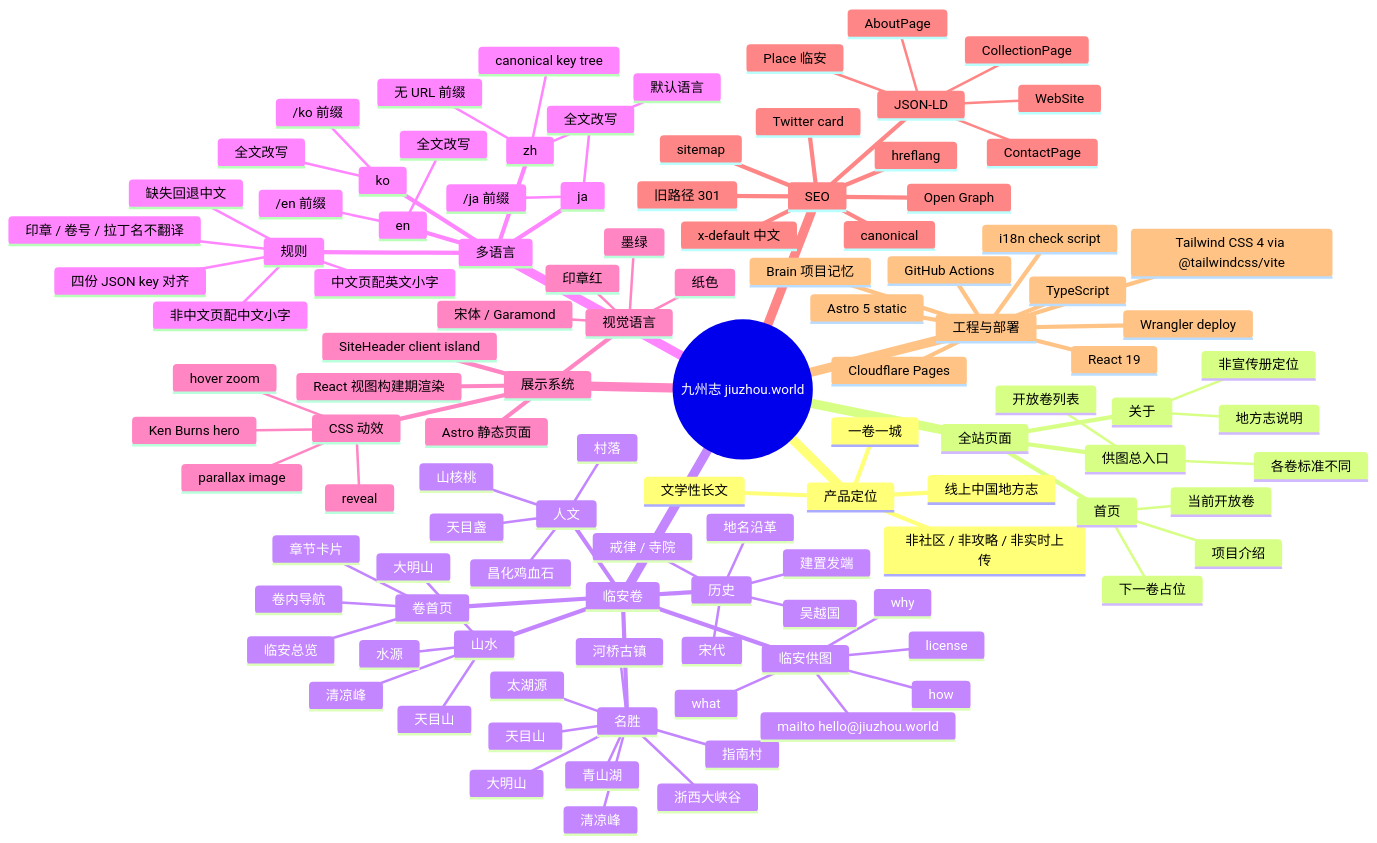
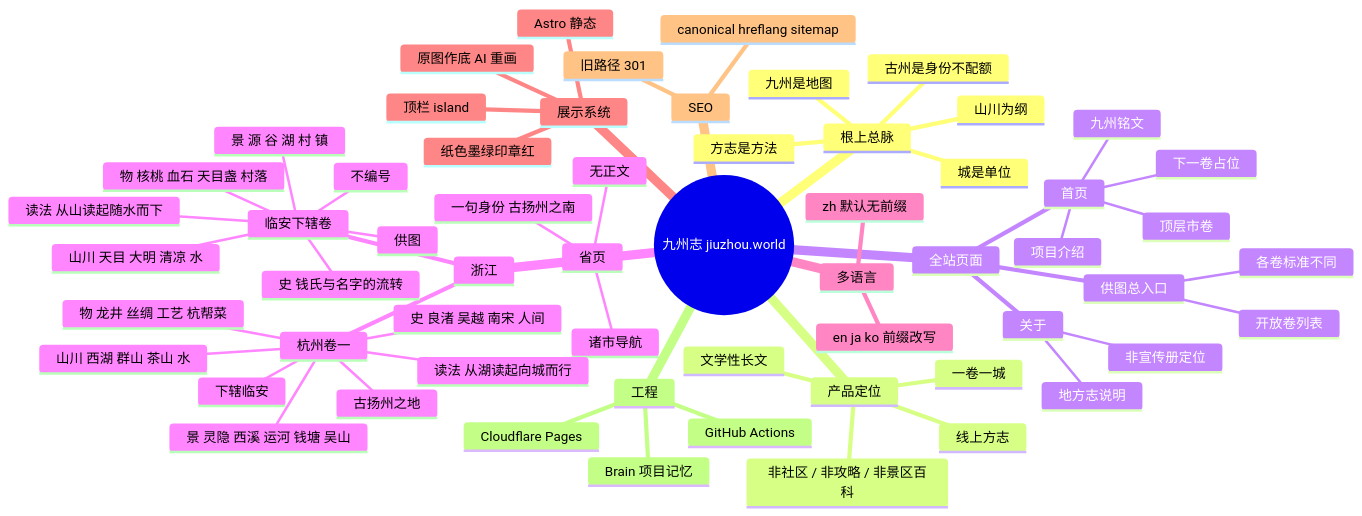
Before and after one commit to robinv8/jiuzhou-world: the diagram in brain/mindmap.md, drawn with Mermaid. The commit also changed other lines of this file and 188 other files, not shown here.

````diff
--- a/brain/mindmap.md
+++ b/brain/mindmap.md
@@ -10,15 +10,22 @@
 ```mermaid
 mindmap
   root((九州志 jiuzhou.world))
+    根上总脉
+      山川为纲
+      九州是地图
+      方志是方法
+      城是单位
+      古州是身份不配额
     产品定位
       一卷一城
-      线上中国地方志
+      线上方志
       文学性长文
-      非社区 / 非攻略 / 非实时上传
+      非社区 / 非攻略 / 非景区百科
     全站页面
       首页
+        九州铭文
         项目介绍
-        当前开放卷
+        顶层市卷
         下一卷占位
       关于
         地方志说明
@@ -26,98 +33,40 @@
       供图总入口
         开放卷列表
         各卷标准不同
-    临安卷
-      卷首页
-        临安总览
-        章节卡片
-        卷内导航
-      山水
-        天目山
-        大明山
-        清凉峰
-        水源
-      名胜
-        天目山
-        大明山
-        青山湖
-        浙西大峡谷
-        太湖源
-        指南村
-        河桥古镇
-        清凉峰
-      历史
-        建置发端
-        吴越国
-        宋代
-        戒律 / 寺院
-        地名沿革
-      人文
-        山核桃
-        昌化鸡血石
-        天目盏
-        村落
-      临安供图
-        why
-        what
-        how
-        license
-        mailto hello@jiuzhou.world
+    浙江
+      省页
+        一句身份 古扬州之南
+        诸市导航
+        无正文
+      杭州卷一
+        读法 从湖读起向城而行
+        山川 西湖 群山 茶山 水
+        景 灵隐 西溪 运河 钱塘 吴山
+        物 龙井 丝绸 工艺 杭帮菜
+        史 良渚 吴越 南宋 人间
+        下辖临安
+        古扬州之地
+      临安下辖卷
+        读法 从山读起随水而下
+        山川 天目 大明 清凉 水
+        景 源 谷 湖 村 镇
+        物 核桃 血石 天目盏 村落
+        史 钱氏与名字的流转
+        不编号
+        供图
     多语言
-      zh
-        默认语言
-        无 URL 前缀
-        canonical key tree
-      en
-        /en 前缀
-        全文改写
-      ja
-        /ja 前缀
-        全文改写
-      ko
-        /ko 前缀
-        全文改写
-      规则
-        缺失回退中文
-        四份 JSON key 对齐
-        印章 / 卷号 / 拉丁名不翻译
-        中文页配英文小字
-        非中文页配中文小字
+      zh 默认无前缀
+      en ja ko 前缀改写
     展示系统
-      Astro 静态页面
-      React 视图构建期渲染
-      SiteHeader client island
-      CSS 动效
-        reveal
-        Ken Burns hero
-        hover zoom
-        parallax image
-      视觉语言
-        纸色
-        墨绿
-        印章红
-        宋体 / Garamond
+      Astro 静态
+      顶栏 island
+      纸色墨绿印章红
+      原图作底 AI 重画
     SEO
-      canonical
-      hreflang
-      x-default 中文
-      sitemap
-      Open Graph
-      Twitter card
-      JSON-LD
-        WebSite
-        AboutPage
-        CollectionPage
-        ContactPage
-        Place 临安
+      canonical hreflang sitemap
       旧路径 301
-    工程与部署
-      Astro 5 static
-      React 19
-      Tailwind CSS 4 via @tailwindcss/vite
-      TypeScript
+    工程
       GitHub Actions
       Cloudflare Pages
-      Wrangler deploy
-      i18n check script
       Brain 项目记忆
 ```
````
